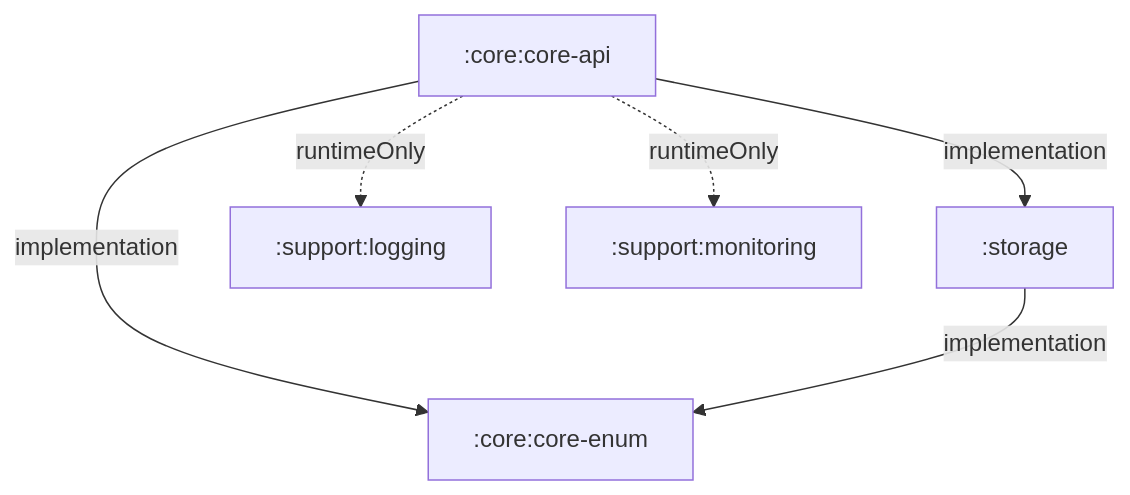
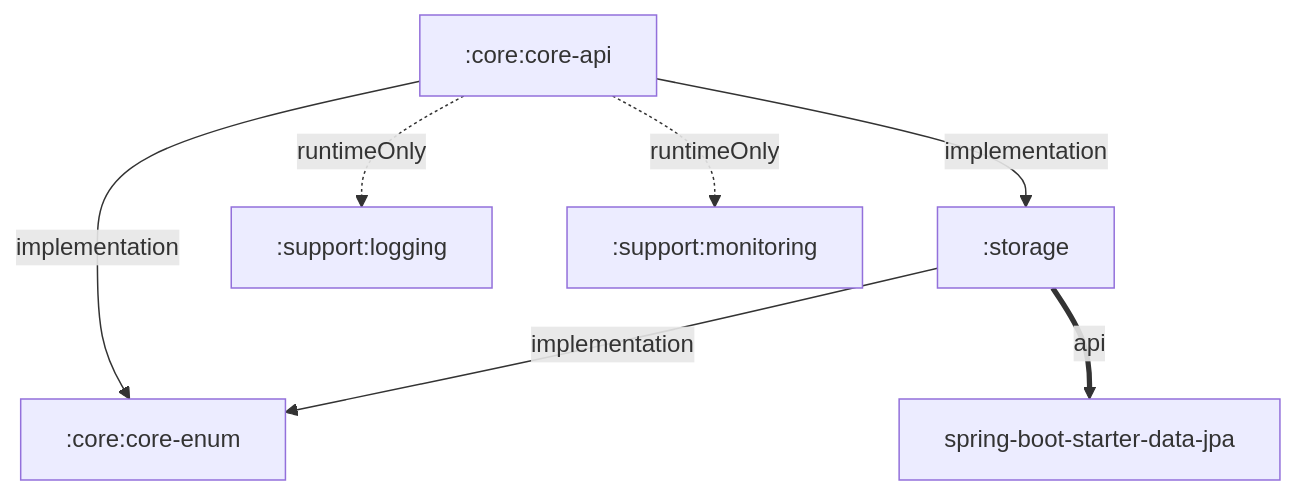
The diagram in backend/ai-block-clock/docs/MODULES.md (Team-ABC-Al-Block-Clock/Ai-Block-Clock), drawn with Mermaid before and after one commit. The commit also changed other lines of this file and 75 other files, not shown here.

Commit message:
[S15P21A403-154] feat: 워크플로우 저장 및 조회 구현

````diff
--- a/backend/ai-block-clock/docs/MODULES.md
+++ b/backend/ai-block-clock/docs/MODULES.md
@@ -67,14 +67,16 @@
 ```mermaid
 graph TD
     api[":core:core-api"]
     enums[":core:core-enum"]
     storage[":storage"]
     logging[":support:logging"]
     monitoring[":support:monitoring"]
+    jpa["spring-boot-starter-data-jpa"]
 
     api -->|implementation| storage
     api -->|implementation| enums
     api -.->|runtimeOnly| logging
     api -.->|runtimeOnly| monitoring
     storage -->|implementation| enums
+    storage ==>|api| jpa
 ```
````
